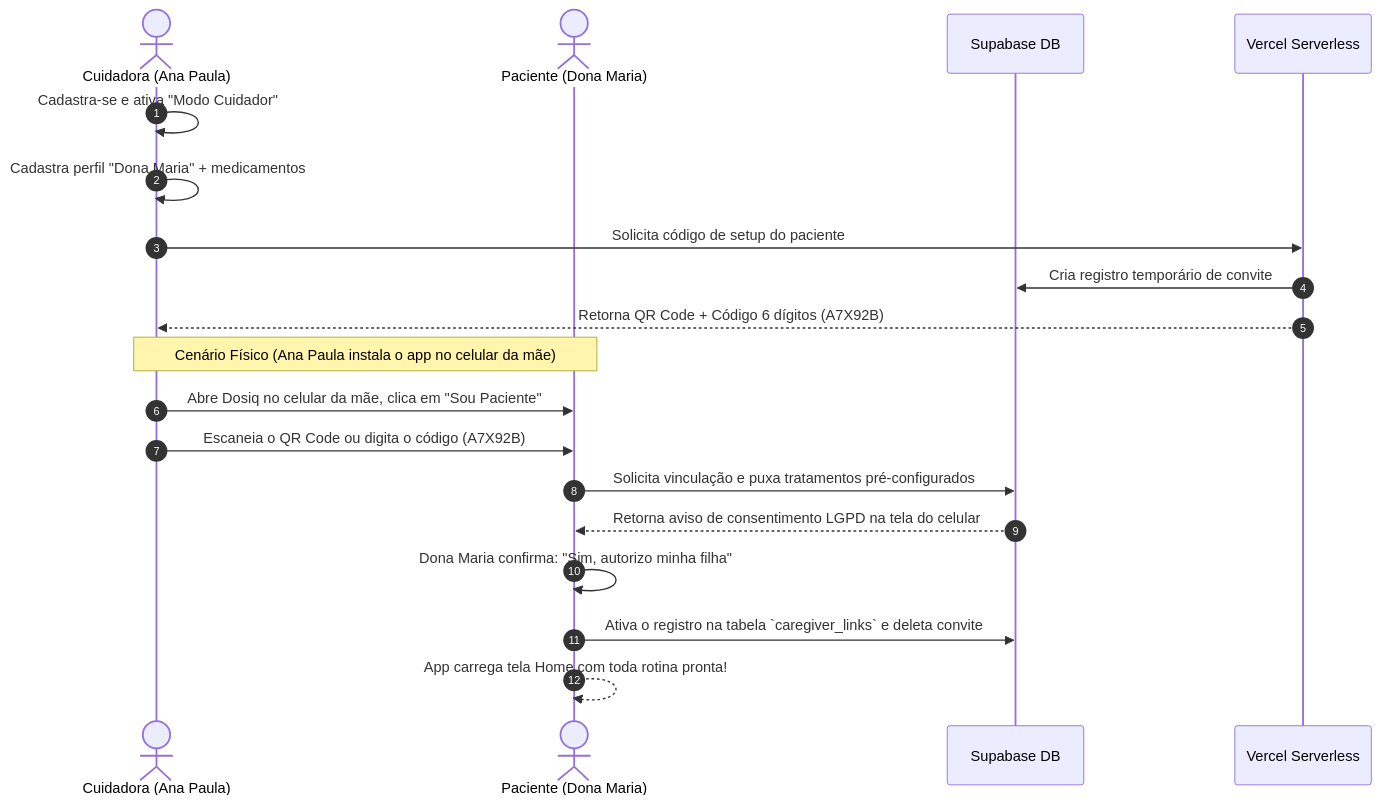
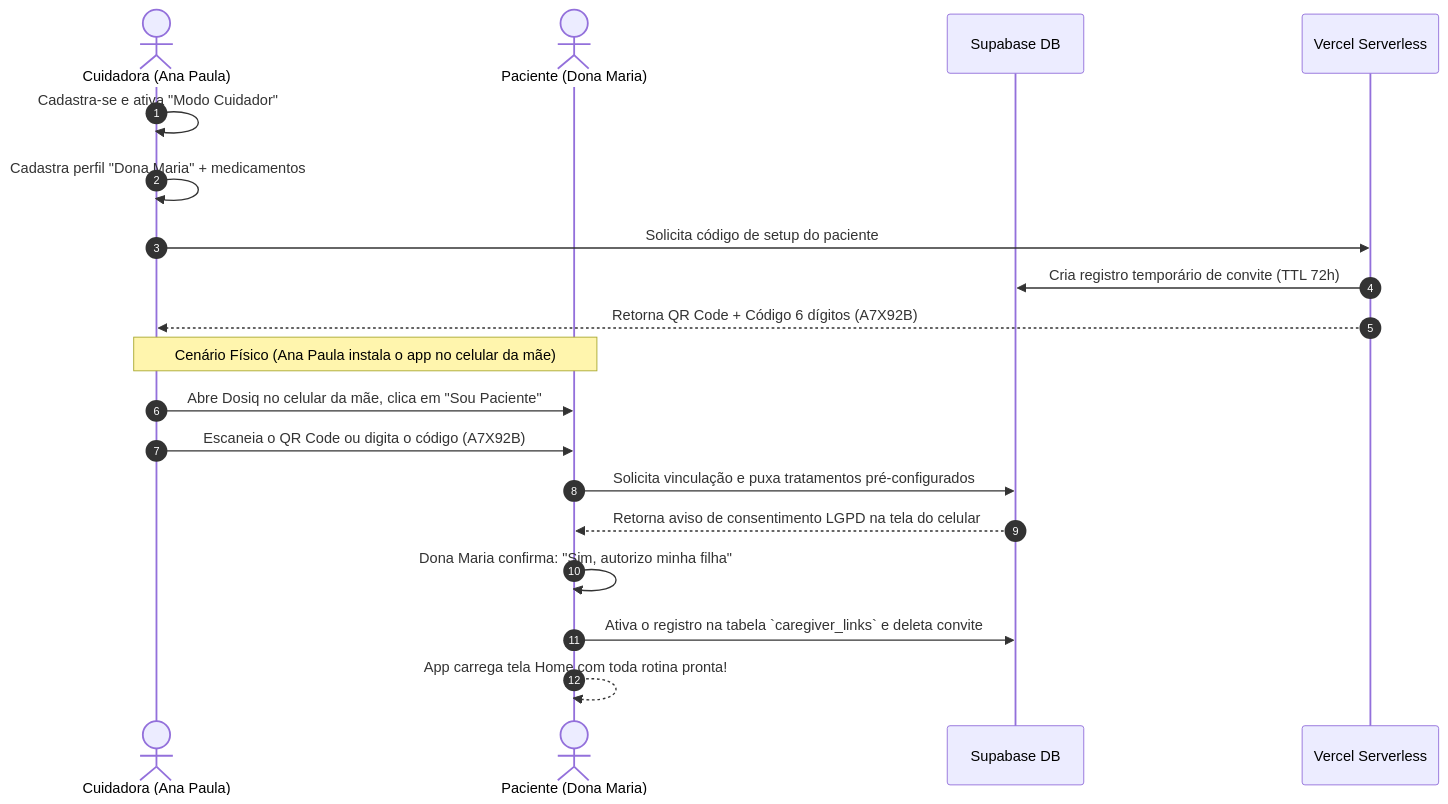
One commit to coelhotv/dosiq changed the diagram in plans/backlog-unified_app_2026/DRAFT_CAREGIVER_MODE.md. Above: the diagram before and after it, drawn with Mermaid. The commit also changed other lines of this file and 5 other files, not shown here.

````diff
--- a/plans/backlog-unified_app_2026/DRAFT_CAREGIVER_MODE.md
+++ b/plans/backlog-unified_app_2026/DRAFT_CAREGIVER_MODE.md
@@ -34,22 +51,22 @@
 ```mermaid
 sequenceDiagram
     autonumber
     actor C as Cuidadora (Ana Paula)
     actor P as Paciente (Dona Maria)
     participant S as Supabase DB
     participant V as Vercel Serverless
 
     C->>C: Cadastra-se e ativa "Modo Cuidador"
     C->>C: Cadastra perfil "Dona Maria" + medicamentos
     C->>V: Solicita código de setup do paciente
-    V->>S: Cria registro temporário de convite
+    V->>S: Cria registro temporário de convite (TTL 72h)
     V-->>C: Retorna QR Code + Código 6 dígitos (A7X92B)
     note over C, P: Cenário Físico (Ana Paula instala o app no celular da mãe)
     C->>P: Abre Dosiq no celular da mãe, clica em "Sou Paciente"
     C->>P: Escaneia o QR Code ou digita o código (A7X92B)
     P->>S: Solicita vinculação e puxa tratamentos pré-configurados
     S-->>P: Retorna aviso de consentimento LGPD na tela do celular
     P->>P: Dona Maria confirma: "Sim, autorizo minha filha"
     P->>S: Ativa o registro na tabela `caregiver_links` e deleta convite
     P-->>P: App carrega tela Home com toda rotina pronta!
 ```
````
